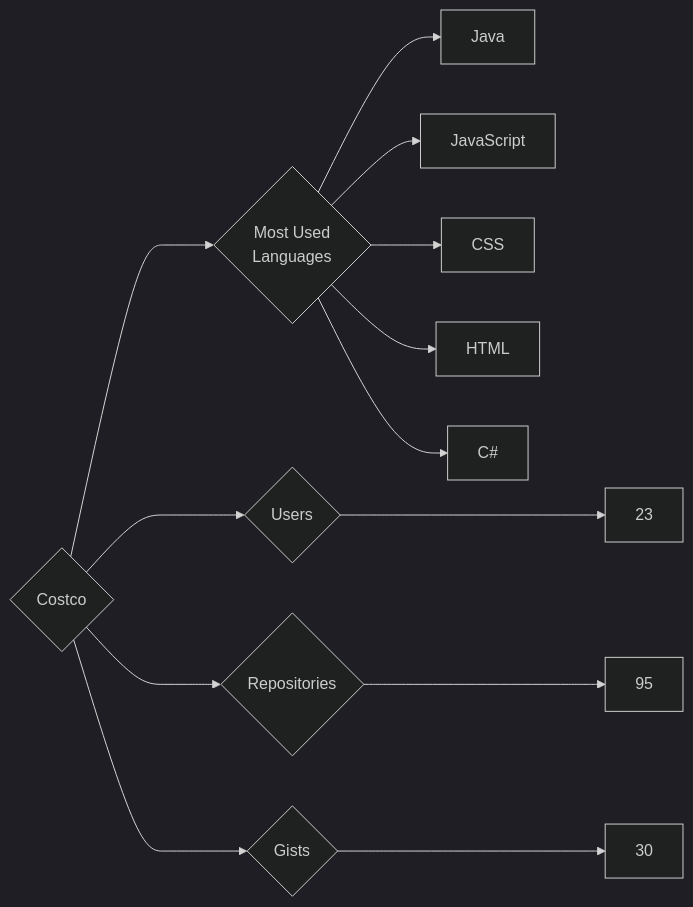
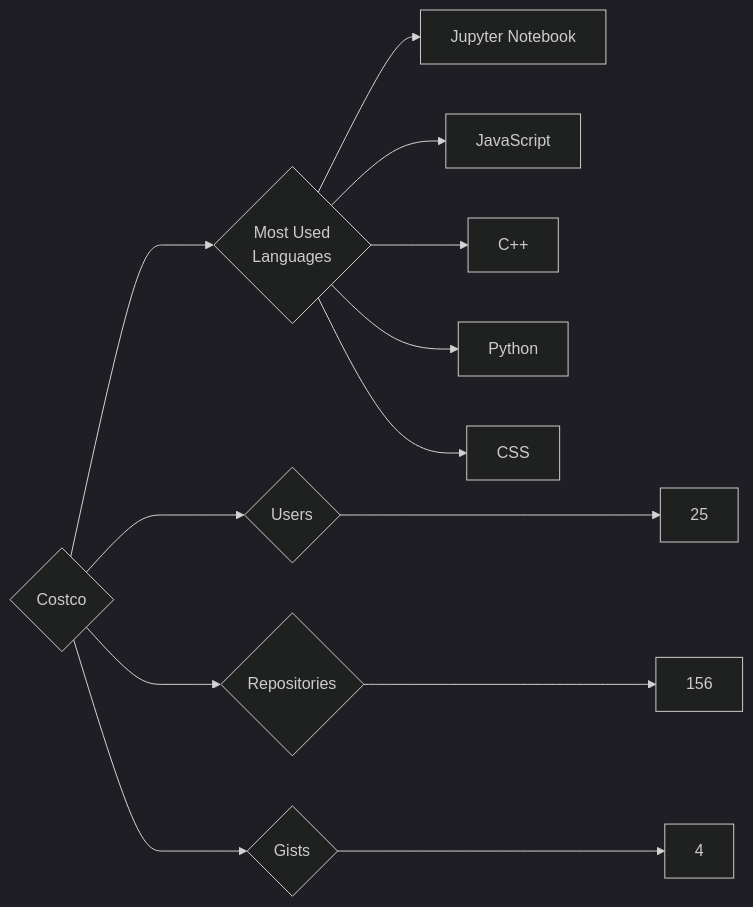
The diagram in targets/Costco/README.md (trickest/insiders), drawn with Mermaid (dark theme) before and after one commit. The commit also changed 610 other files, not shown here.

````diff
--- a/targets/Costco/README.md
+++ b/targets/Costco/README.md
@@ -3,13 +3,13 @@
 ```mermaid
 graph LR
 COMPANY_NAME{Costco}
-COMPANY_NAME ---> U{Users} ---> UN[23]
-COMPANY_NAME ---> R{Repositories} ---> RN[95]
-COMPANY_NAME ---> G{Gists} ---> GN[30]
+COMPANY_NAME ---> U{Users} ---> UN[25]
+COMPANY_NAME ---> R{Repositories} ---> RN[156]
+COMPANY_NAME ---> G{Gists} ---> GN[4]
 COMPANY_NAME ---> ML{Most Used<br>Languages}
-ML --> Java[Java]
+ML --> Jupyter_Notebook[Jupyter Notebook]
 ML --> JavaScript[JavaScript]
+ML --> C++[C++]
+ML --> Python[Python]
 ML --> CSS[CSS]
-ML --> HTML[HTML]
-ML --> C#[C#]
 ```
````
